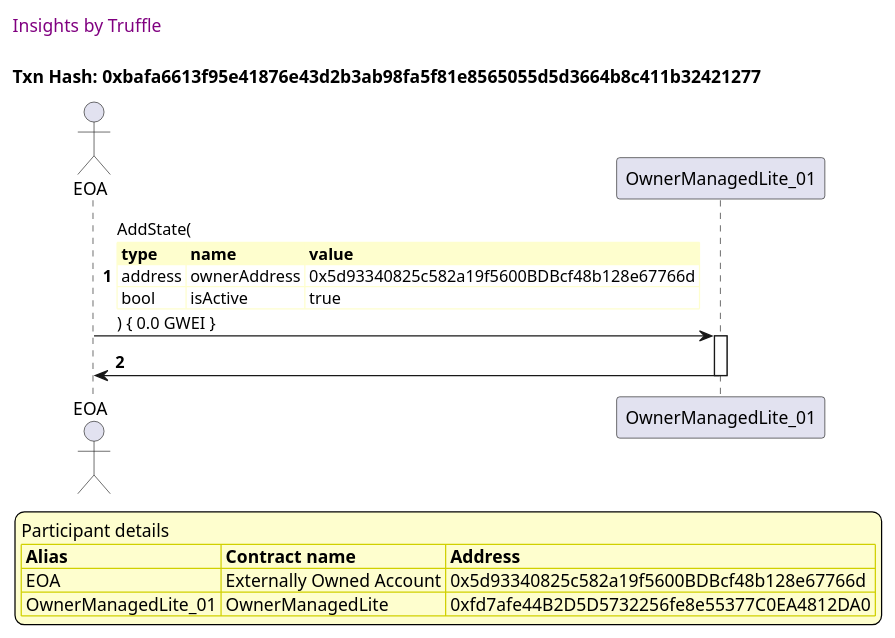
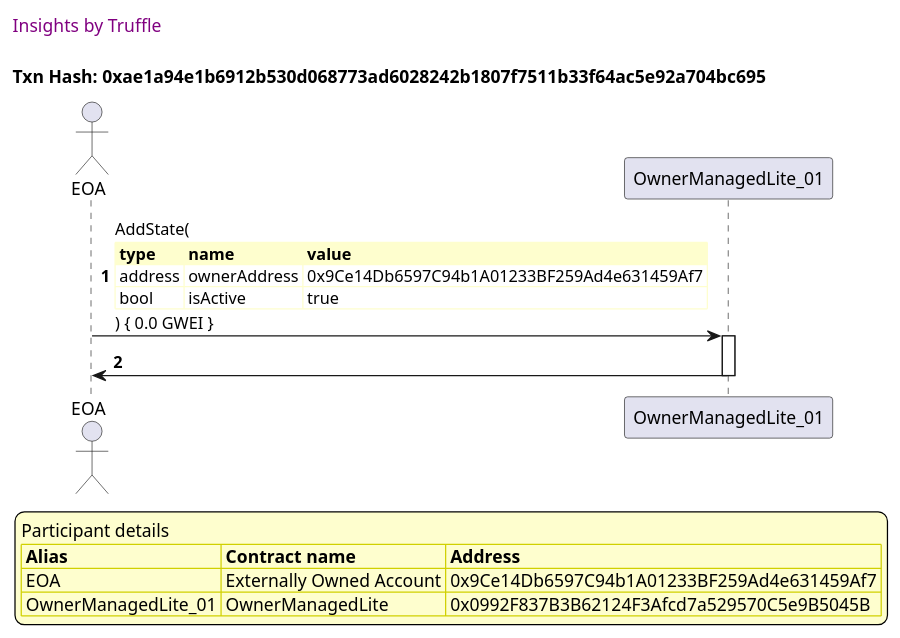
The ninth of 53 diagrams in truffle-seq/OwnerManagedLite_test_withdraw_and_fallback.md (thedarkjester/ConsensysAssignment), drawn with PlantUML before and after one commit. The commit also changed other lines of this file and 13 other files, not shown here.

````diff
--- a/truffle-seq/OwnerManagedLite_test_withdraw_and_fallback.md
+++ b/truffle-seq/OwnerManagedLite_test_withdraw_and_fallback.md
@@ -372,41 +372,41 @@
 ```plantuml
 
 
 @startuml
 
 autonumber
 skinparam legendBackgroundColor #FEFECE
 
 <style>
       header {
         HorizontalAlignment left
         FontColor purple
         FontSize 14
         Padding 10
       }
     </style>
 
 header Insights by Truffle
 
-title Txn Hash: 0xbafa6613f95e41876e43d2b3ab98fa5f81e8565055d5d3664b8c411b32421277
+title Txn Hash: 0xae1a94e1b6912b530d068773ad6028242b1807f7511b33f64ac5e92a704bc695
 
 
 actor EOA as "EOA"
 participant OwnerManagedLite_01 as "OwnerManagedLite_01"
 
 "EOA" -> "OwnerManagedLite_01" ++: AddState(\n\
 <#FEFECE,#FEFECE>|= type |= name |= value |\n\
-| address | ownerAddress | 0x5d93340825c582a19f5600BDBcf48b128e67766d |\n\
+| address | ownerAddress | 0x9Ce14Db6597C94b1A01233BF259Ad4e631459Af7 |\n\
 | bool | isActive | true |\n\
 ) { 0.0 GWEI }
 "OwnerManagedLite_01" -> "EOA" --: 
 
 legend
 Participant details
 <#FEFECE,#D0D000>|= Alias |= Contract name |= Address |
-<#FEFECE>| EOA | Externally Owned Account | 0x5d93340825c582a19f5600BDBcf48b128e67766d |
-<#FEFECE>| OwnerManagedLite_01 | OwnerManagedLite | 0xfd7afe44B2D5D5732256fe8e55377C0EA4812DA0 |
+<#FEFECE>| EOA | Externally Owned Account | 0x9Ce14Db6597C94b1A01233BF259Ad4e631459Af7 |
+<#FEFECE>| OwnerManagedLite_01 | OwnerManagedLite | 0x0992F837B3B62124F3Afcd7a529570C5e9B5045B |
 endlegend
 
 @enduml
 ```
````
